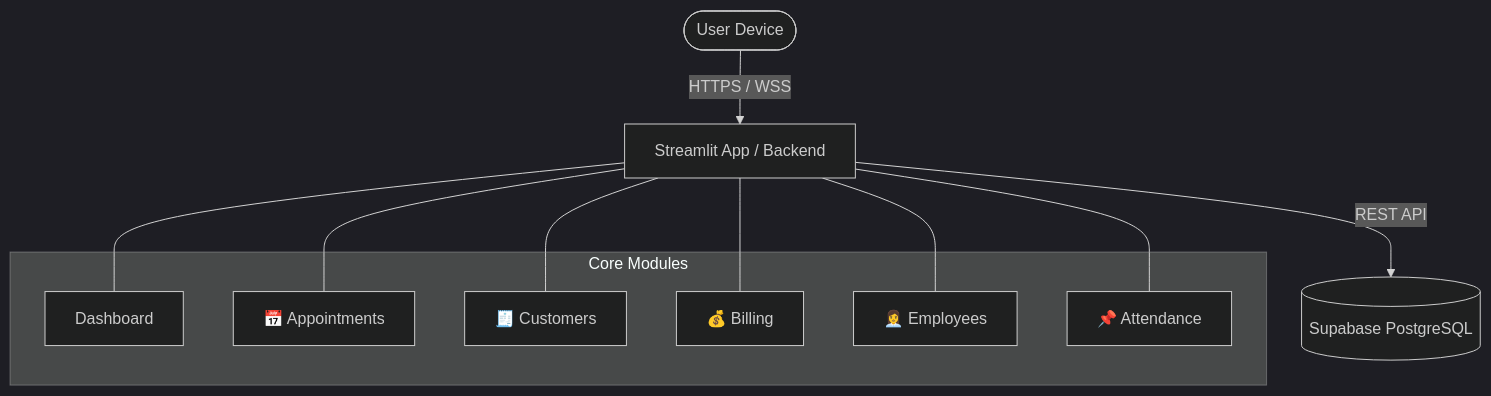
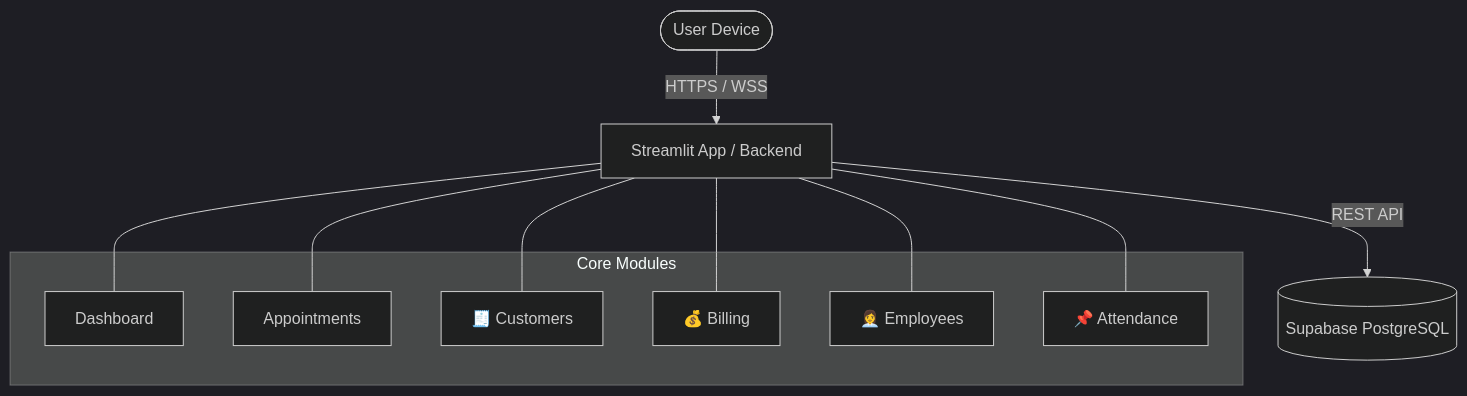
One commit to ItsMeTinku/Salon-Management-System changed the first of 2 diagrams in README.md. Above: the diagram before and after it, drawn with Mermaid (dark theme). The commit also changed other lines of this file, not shown here.

Commit message:
Fix formatting and emoji in README.md
Updated README formatting and corrected emoji usage.

````diff
--- a/README.md
+++ b/README.md
@@ -69,21 +69,21 @@
 ```mermaid
 graph TD
     User([User Device]) -->|HTTPS / WSS| Streamlit[Streamlit App / Backend]
     Streamlit -->|REST API| Supabase[(Supabase PostgreSQL)]
     
     subgraph Core Modules
         Dashboard[ Dashboard]
-        Appointments[📅 Appointments]
+        Appointments[ Appointments]
         Customers[🧾 Customers]
         Billing[💰 Billing]
         Employees[👩‍💼 Employees]
         Attendance[📌 Attendance]
     end
     
     Streamlit --- Dashboard
     Streamlit --- Appointments
     Streamlit --- Customers
     Streamlit --- Billing
     Streamlit --- Employees
     Streamlit --- Attendance
 ```
````
